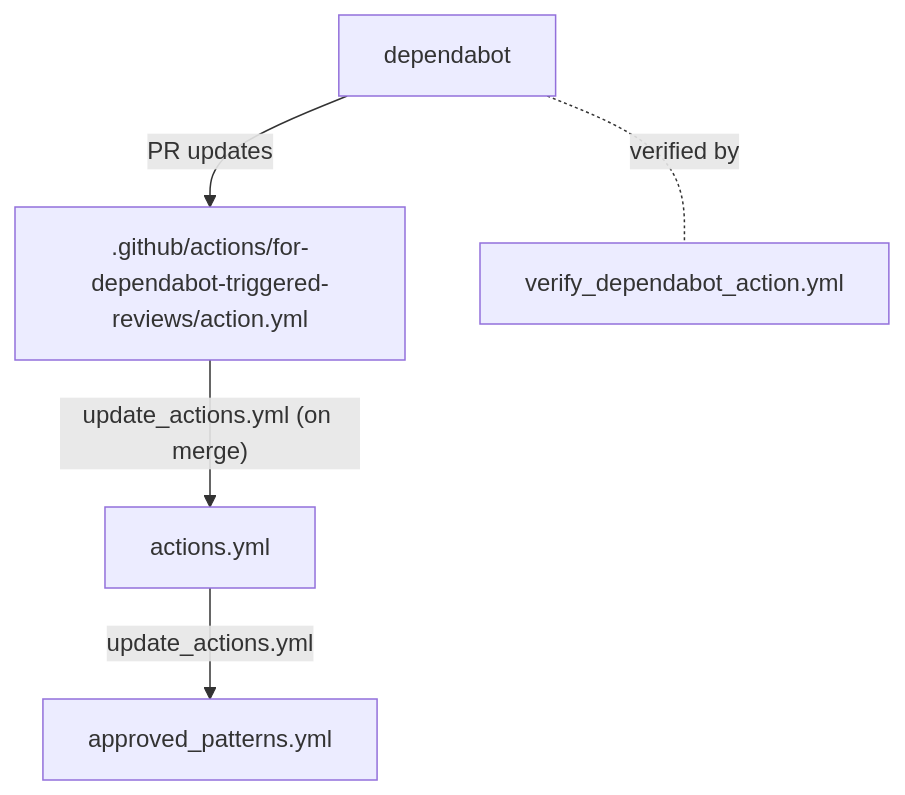
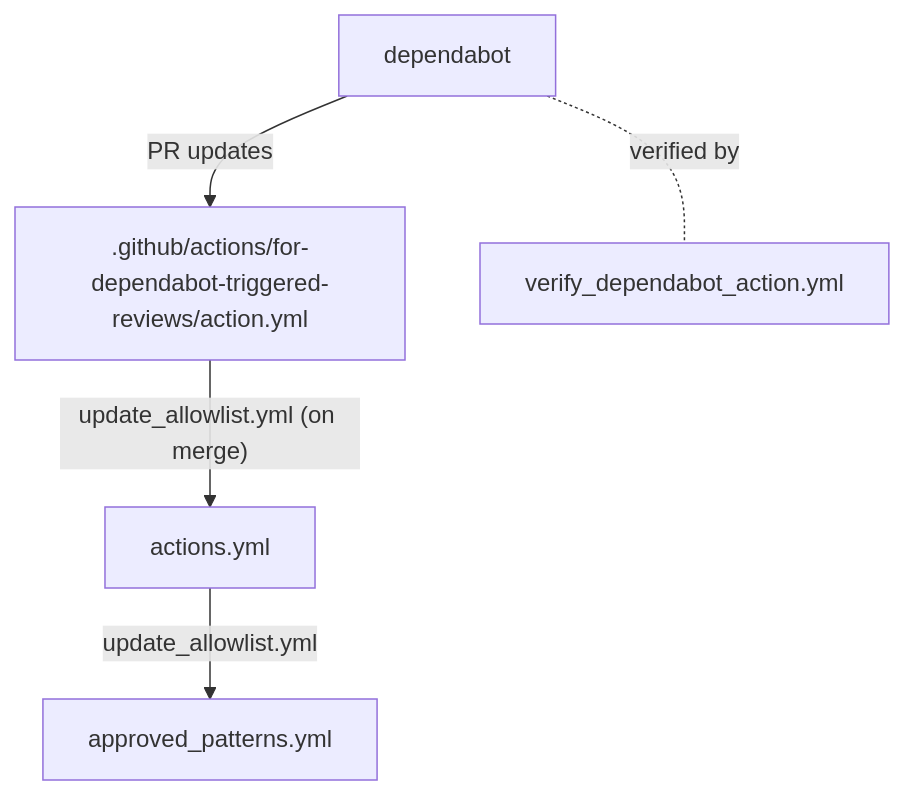
Before and after one commit to apache/infrastructure-actions: the third of 4 diagrams in README.md, drawn with Mermaid. The commit also changed other lines of this file and 3 other files, not shown here.

First line of the commit message:
workflows: merge update_actions + update_composite_action to fix race

````diff
--- a/README.md
+++ b/README.md
@@ -184,7 +184,7 @@
 ```mermaid
 graph TD;
     dependabot--"PR updates"-->composite[".github/actions/for-dependabot-triggered-reviews/action.yml"]
     dependabot-.verified by.-verify["verify_dependabot_action.yml"]
-    composite--"update_actions.yml (on merge)"-->actions.yml
-    actions.yml--"update_actions.yml"-->approved["approved_patterns.yml"]
+    composite--"update_allowlist.yml (on merge)"-->actions.yml
+    actions.yml--"update_allowlist.yml"-->approved["approved_patterns.yml"]
 ```
````
